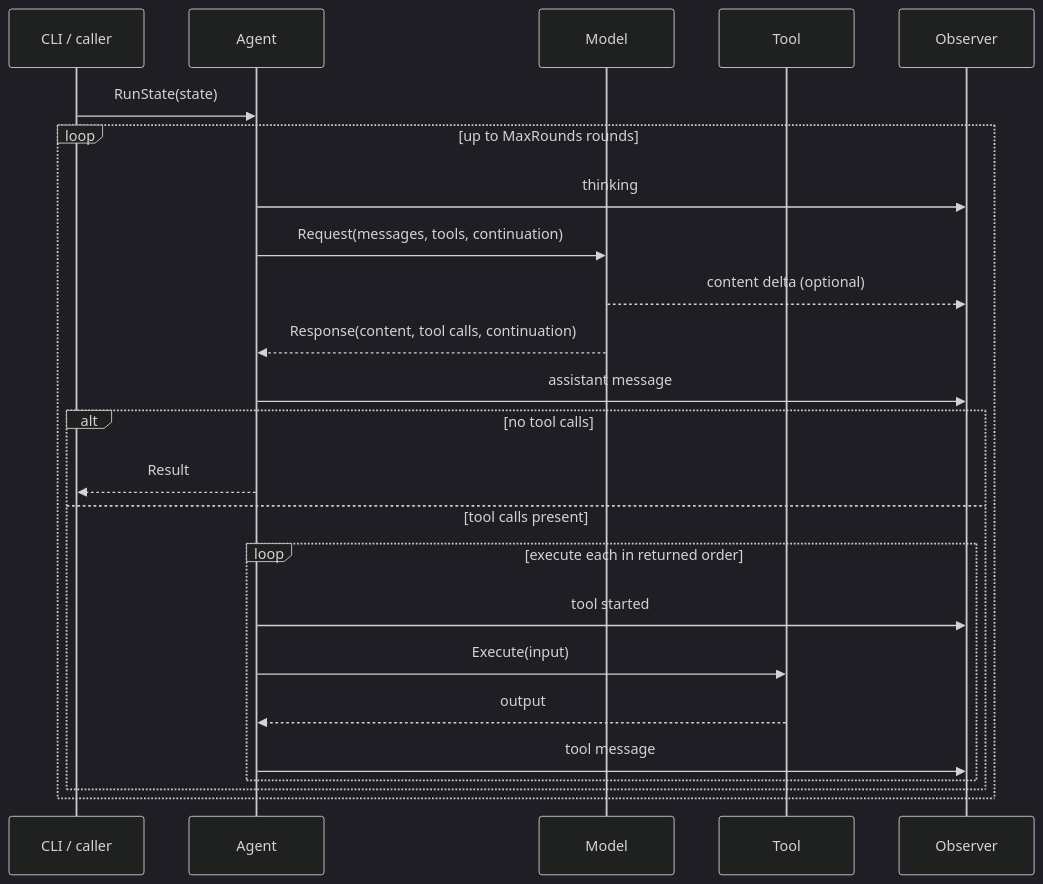
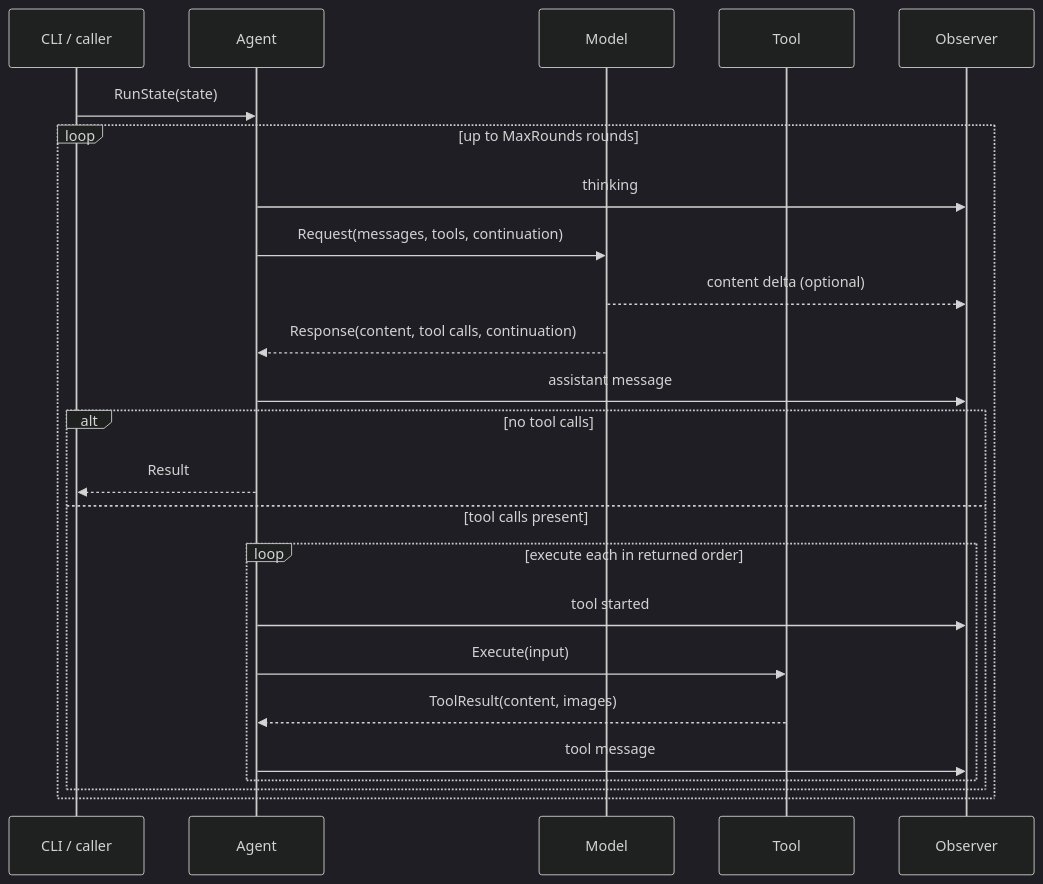
One commit to lgxz/dora changed the second of 2 diagrams in docs/architecture.md. Above: the diagram before and after it, drawn with Mermaid (dark theme). The commit also changed other lines of this file and 47 other files, not shown here.

````diff
--- a/docs/architecture.md
+++ b/docs/architecture.md
@@ -135,27 +147,27 @@
 ```mermaid
 sequenceDiagram
     participant C as CLI / caller
     participant A as Agent
     participant M as Model
     participant T as Tool
     participant O as Observer
 
     C->>A: RunState(state)
     loop up to MaxRounds rounds
         A->>O: thinking
         A->>M: Request(messages, tools, continuation)
         M-->>O: content delta (optional)
         M-->>A: Response(content, tool calls, continuation)
         A->>O: assistant message
         alt no tool calls
             A-->>C: Result
         else tool calls present
             loop execute each in returned order
                 A->>O: tool started
                 A->>T: Execute(input)
-                T-->>A: output
+                T-->>A: ToolResult(content, images)
                 A->>O: tool message
             end
         end
     end
 ```
````
